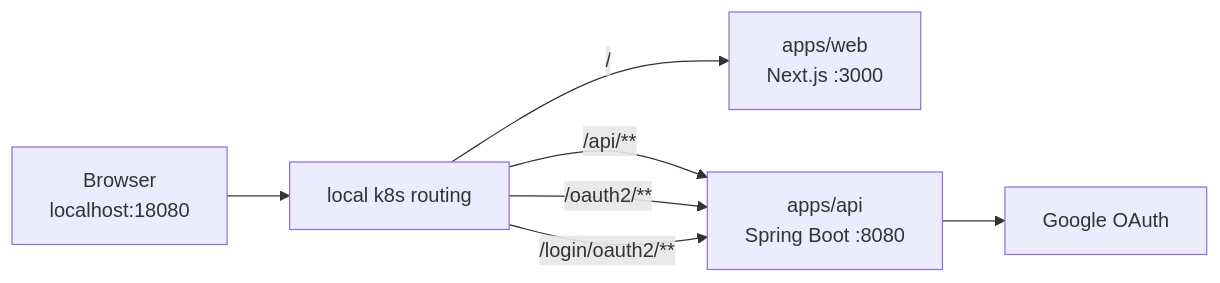
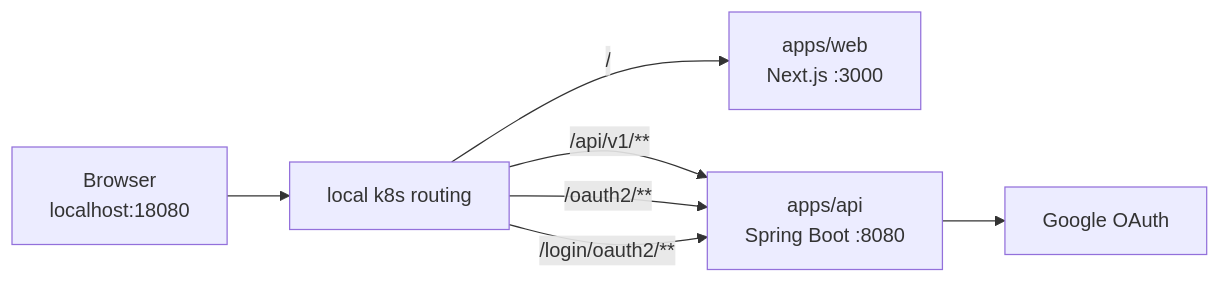
The second of 2 diagrams in docs/research/2026-07-31-api-owned-auth-phase1.md (ChoHadam/plannet), drawn with Mermaid before and after one commit. The commit also changed other lines of this file and 19 other files, not shown here.

````diff
--- a/docs/research/2026-07-31-api-owned-auth-phase1.md
+++ b/docs/research/2026-07-31-api-owned-auth-phase1.md
@@ -54,9 +91,9 @@
 ```mermaid
 flowchart LR
     Browser["Browser<br/>localhost:18080"] --> Router["local k8s routing"]
     Router -->|"/"| Web["apps/web<br/>Next.js :3000"]
-    Router -->|"/api/**"| Api["apps/api<br/>Spring Boot :8080"]
+    Router -->|"/api/v1/**"| Api["apps/api<br/>Spring Boot :8080"]
     Router -->|"/oauth2/**"| Api
     Router -->|"/login/oauth2/**"| Api
     Api --> Google["Google OAuth"]
 ```
````
